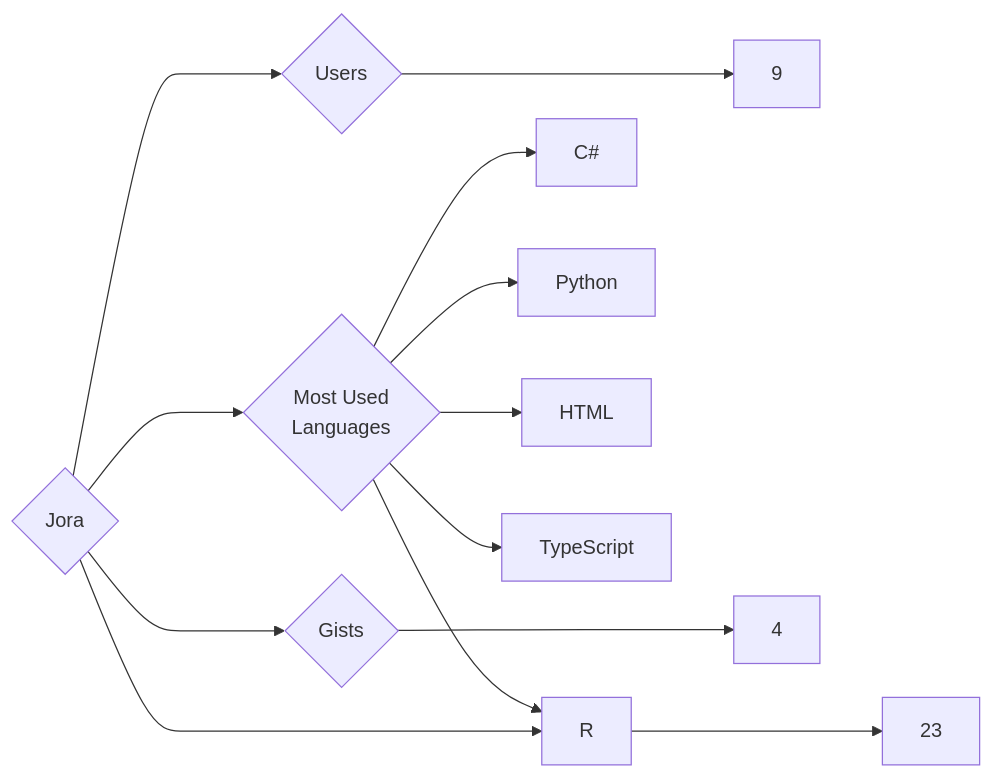
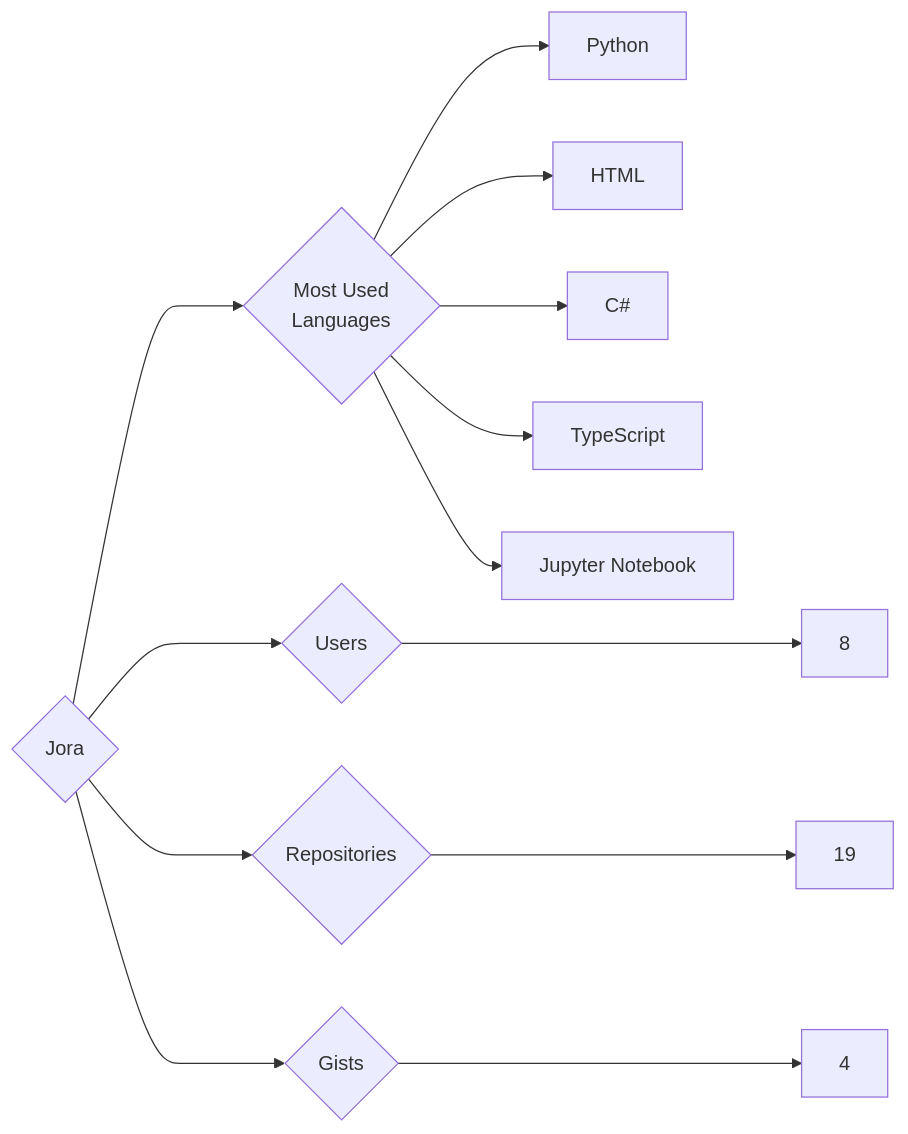
The diagram in targets/Jora/README.md (trickest/insiders), drawn with Mermaid before and after one commit. The commit also changed 837 other files, not shown here.

````diff
--- a/targets/Jora/README.md
+++ b/targets/Jora/README.md
@@ -3,13 +3,13 @@
 ```mermaid
 graph LR
 COMPANY_NAME{Jora}
-COMPANY_NAME ---> U{Users} ---> UN[9]
-COMPANY_NAME ---> R{Repositories} ---> RN[23]
+COMPANY_NAME ---> U{Users} ---> UN[8]
+COMPANY_NAME ---> R{Repositories} ---> RN[19]
 COMPANY_NAME ---> G{Gists} ---> GN[4]
 COMPANY_NAME ---> ML{Most Used<br>Languages}
-ML --> C#[C#]
 ML --> Python[Python]
 ML --> HTML[HTML]
+ML --> C#[C#]
 ML --> TypeScript[TypeScript]
-ML --> R[R]
+ML --> Jupyter_Notebook[Jupyter Notebook]
 ```
````
